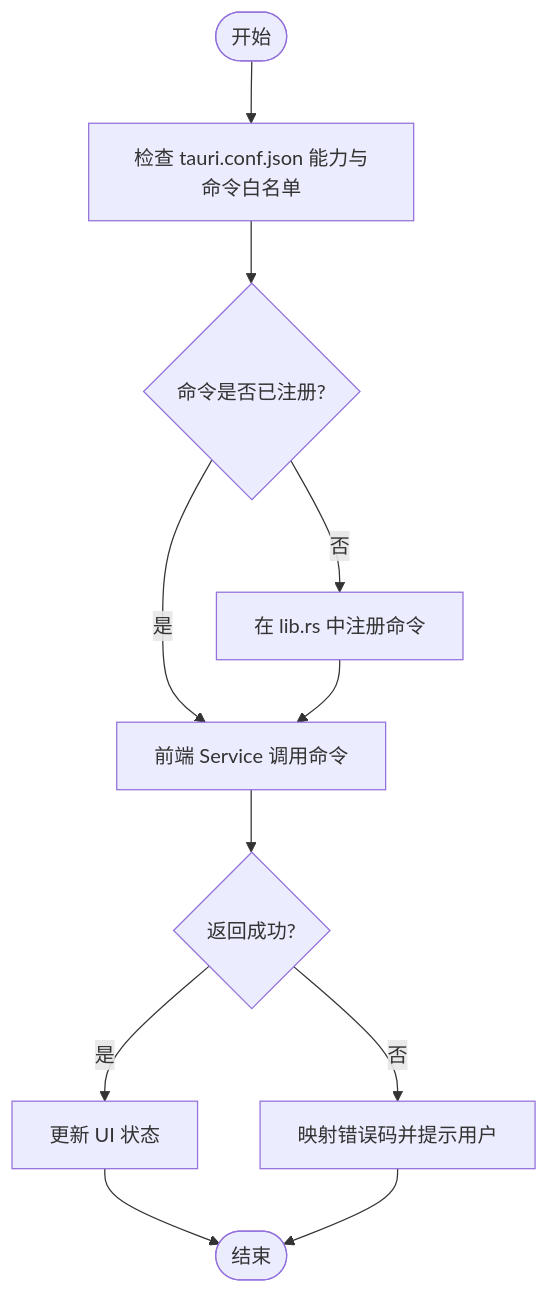
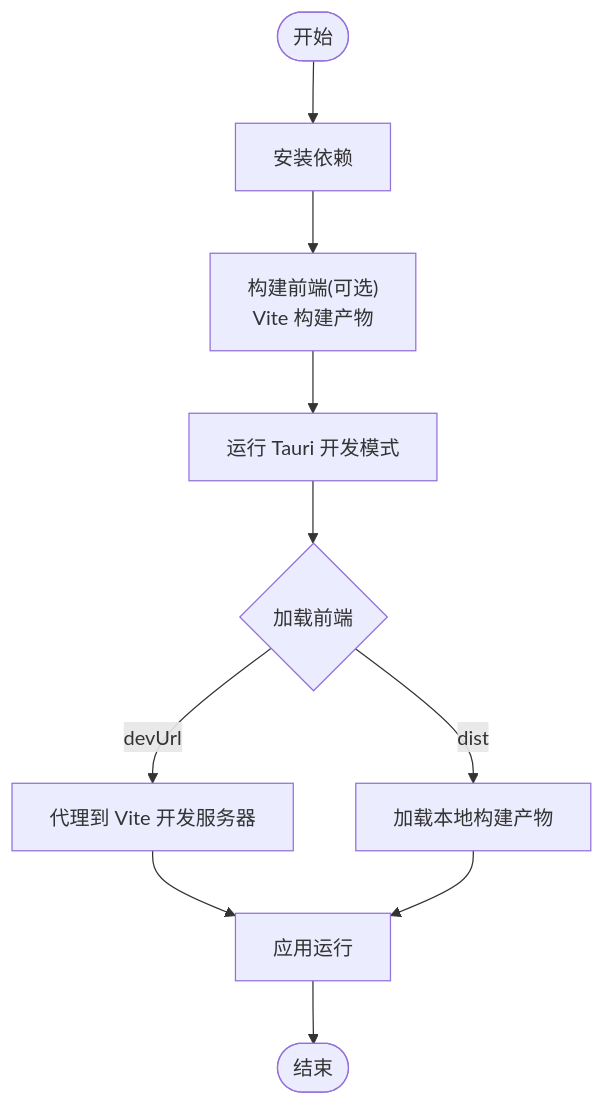
One commit to gzdxhujiale/FishWorker changed the third of 5 diagrams in .qoder/repowiki/zh/content/开发指南/开发流程.md. Above: the diagram before and after it, drawn with Mermaid. The commit also changed other lines of this file and 238 other files, not shown here.

````diff
--- a/.qoder/repowiki/zh/content/开发指南/开发流程.md
+++ b/.qoder/repowiki/zh/content/开发指南/开发流程.md
@@ -213,13 +174,12 @@
 ```mermaid
 flowchart TD
-Start(["开始"]) --> CheckConf["检查 tauri.conf.json 能力与命令白名单"]
-CheckConf --> RegCmd{"命令是否已注册?"}
-RegCmd --> |否| FixReg["在 lib.rs 中注册命令"]
-RegCmd --> |是| CallSvc["前端 Service 调用命令"]
-CallSvc --> HandleRes{"返回成功?"}
-HandleRes --> |是| UpdateUI["更新 UI 状态"]
-HandleRes --> |否| MapErr["映射错误码并提示用户"]
-FixReg --> CallSvc
-UpdateUI --> End(["结束"])
-MapErr --> End
+Start(["开始"]) --> Install["安装依赖"]
+Install --> BuildFE["构建前端(可选)<br/>Vite 构建产物"]
+BuildFE --> RunDev["运行 Tauri 开发模式"]
+RunDev --> LoadFrontend{"加载前端"}
+LoadFrontend --> |devUrl| UseVite["代理到 Vite 开发服务器"]
+LoadFrontend --> |dist| UseDist["加载本地构建产物"]
+UseVite --> AppRun["应用运行"]
+UseDist --> AppRun
+AppRun --> End(["结束"])
 ```
````
